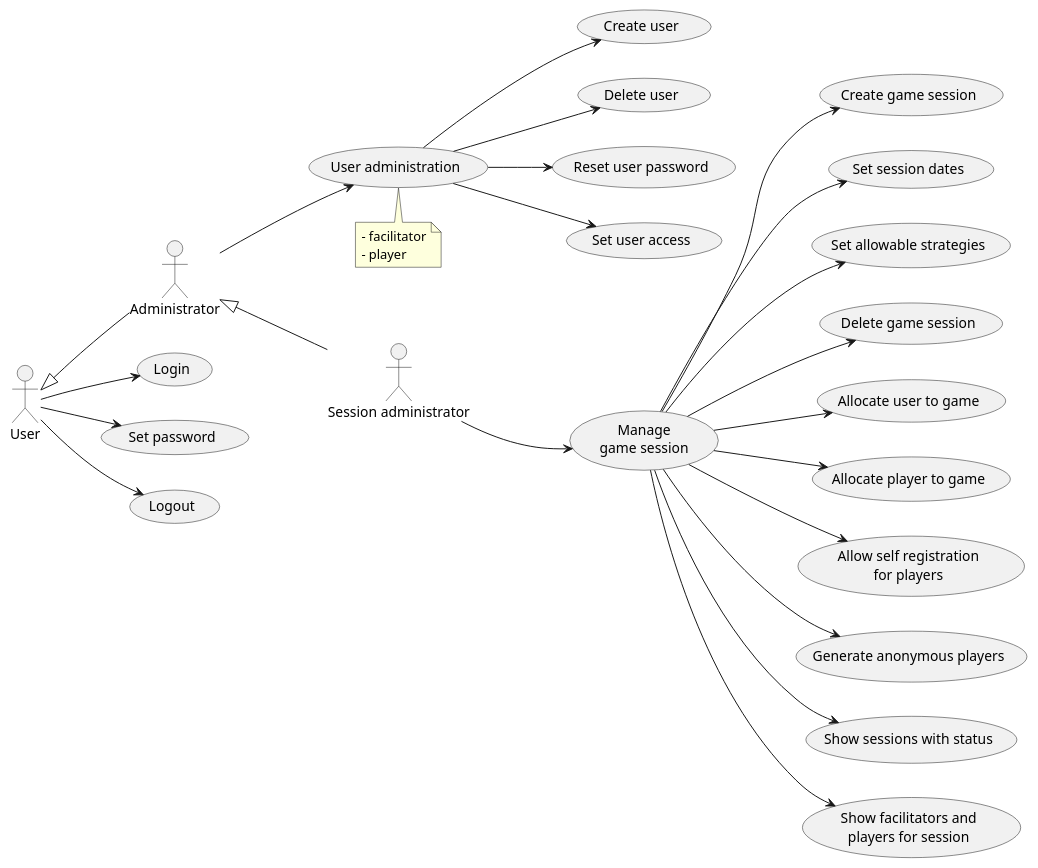
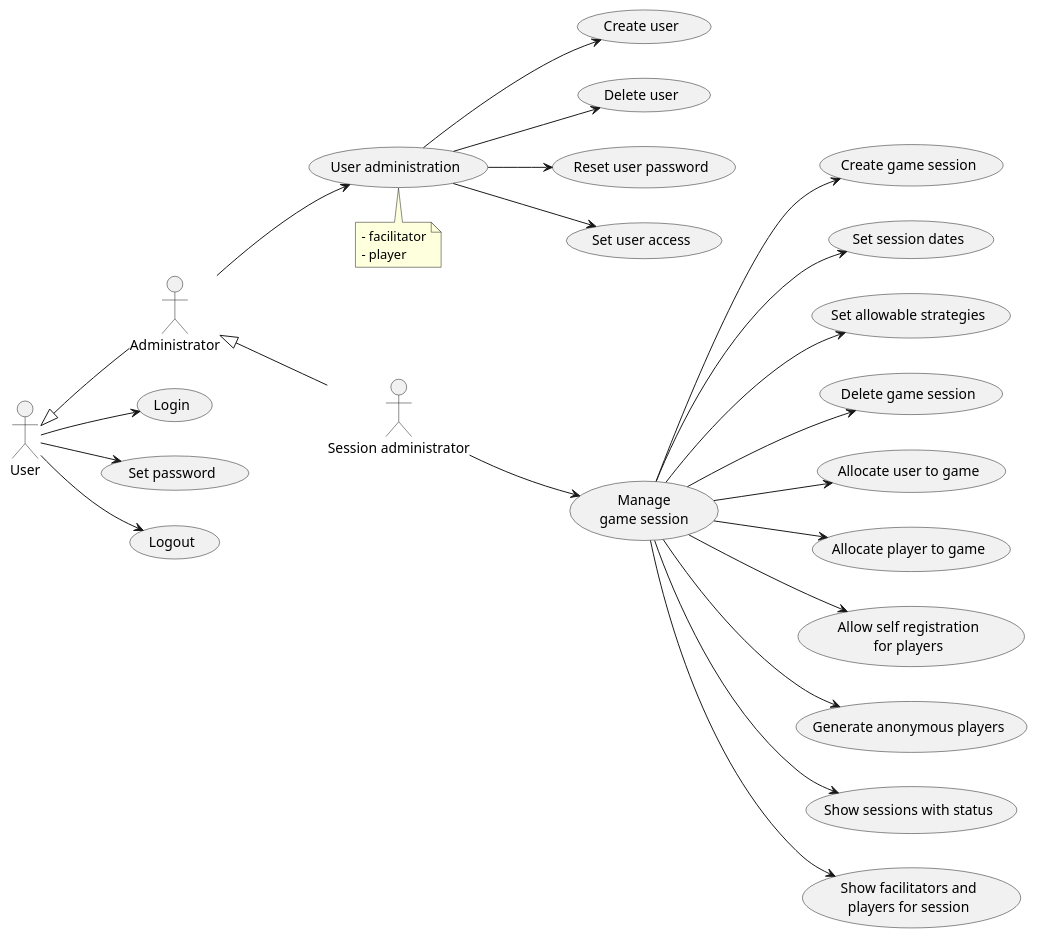
One commit to averbraeck/gscg-design changed the diagram in doc/2-use-cases/diagrams/session-administration.puml. Above: the diagram before and after it, drawn with PlantUML.

Commit message:
Issue #24. Improve layout of use-case diagram

```diff
--- a/doc/2-use-cases/diagrams/session-administration.puml
+++ b/doc/2-use-cases/diagrams/session-administration.puml
@@ -1,36 +1,36 @@
 @startuml
 left to right direction
  
 "Session administrator" as SA
 User <|-- Administrator
 Administrator <|-- SA
 
 User --> (Login)
 User --> (Set password)
 User --> (Logout)
 
 Administrator --> (User administration)
 note bottom
   - facilitator
   - player
 end note
 
 (User administration) --> (Create user)
 (User administration) --> (Delete user)
 (User administration) --> (Reset user password)
 (User administration) --> (Set user access)
 
 "Manage\ngame session" as (Manage)
-SA --> Manage : "\n\n\n\n\n\n\n\n\n\n"
+SA --> Manage : "\n\n\n\n\n\n\n\n\n\n\n\n\n\n"
 Manage --> (Create game session)
 Manage --> (Set session dates)
 Manage --> (Set allowable strategies)
 Manage --> (Delete game session)
 Manage --> (Allocate user to game)
 Manage --> (Allocate player to game)
 Manage --> (Allow self registration\nfor players)
 Manage --> (Generate anonymous players)
 Manage --> (Show sessions with status)
 Manage --> (Show facilitators and\nplayers for session)
 
 @enduml
```
